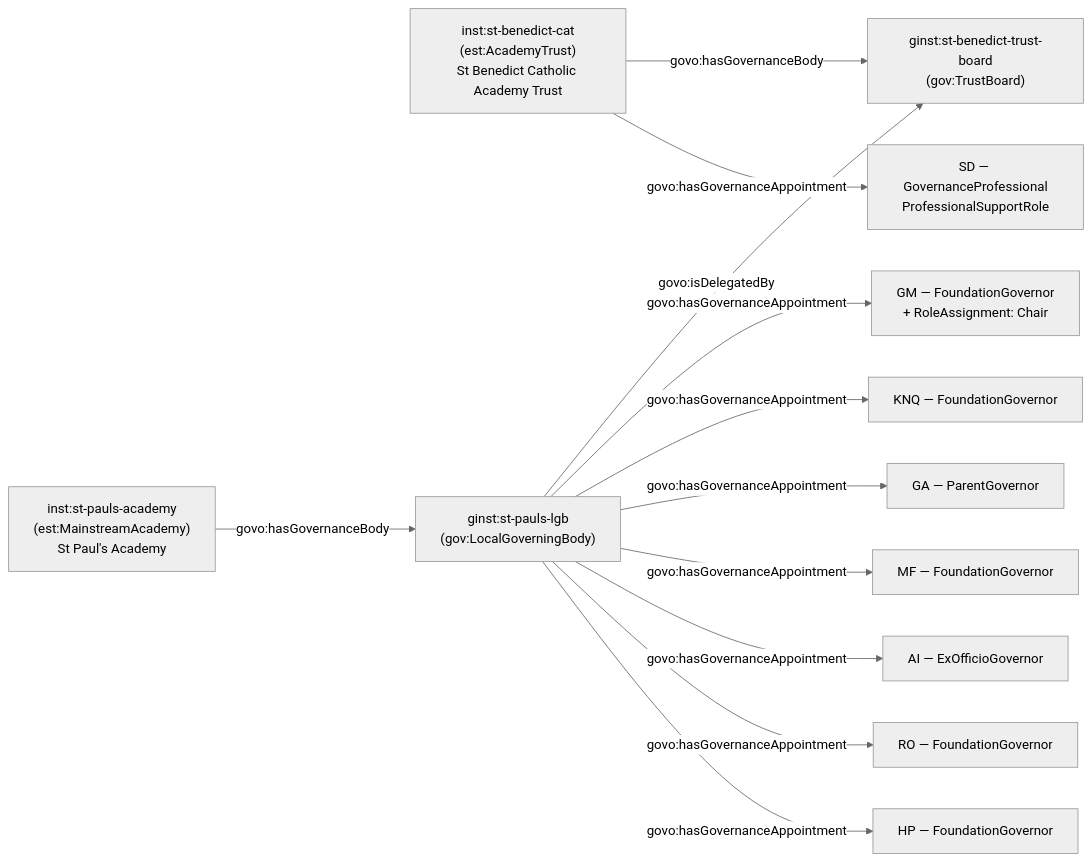
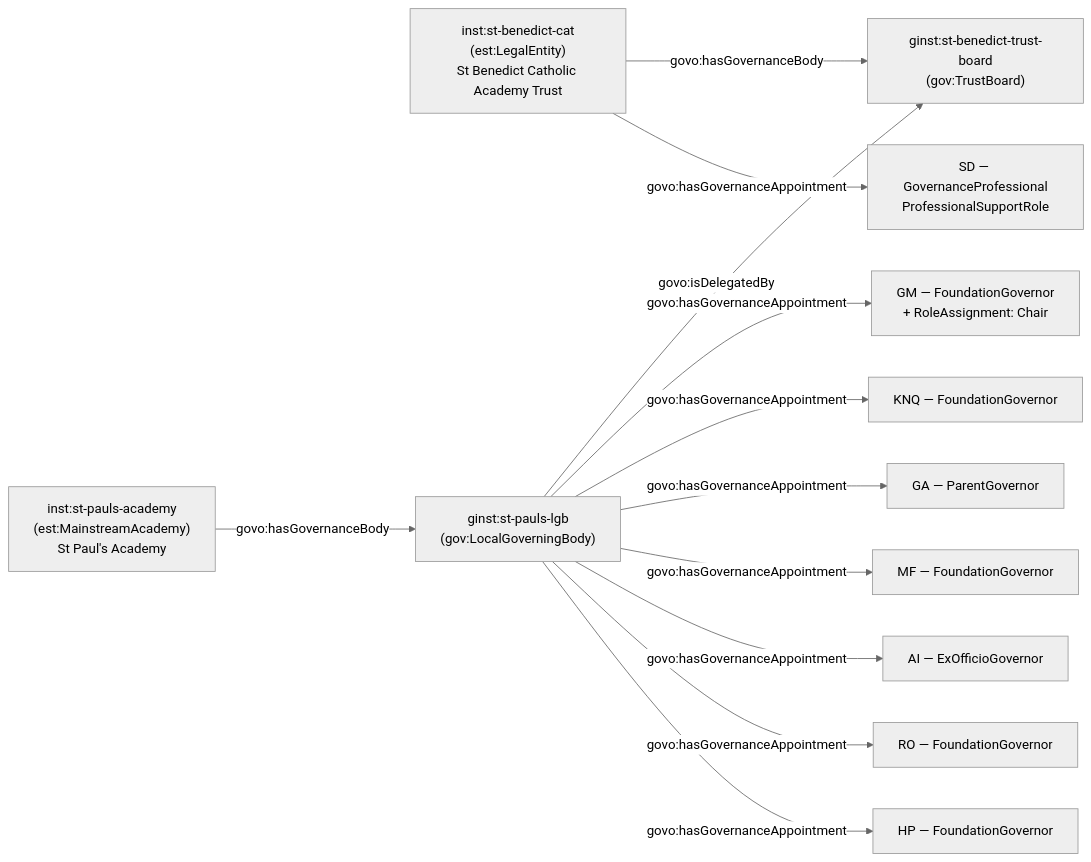
Before and after one commit to DFE-Digital/education-provider-registry-docs: the second of 2 diagrams in docs-site/content/models/governance/worked-examples/st-pauls/index.md, drawn with Mermaid (neutral theme). The commit also changed other lines of this file and 100 other files, not shown here.

````diff
--- a/docs-site/content/models/governance/worked-examples/st-pauls/index.md
+++ b/docs-site/content/models/governance/worked-examples/st-pauls/index.md
@@ -79,21 +79,21 @@
 ```mermaid
 flowchart LR
-    AT["inst:st-benedict-cat<br/>(est:AcademyTrust)<br/>St Benedict Catholic Academy Trust"]
+    AT["inst:st-benedict-cat<br/>(est:LegalEntity)<br/>St Benedict Catholic Academy Trust"]
     A["inst:st-pauls-academy<br/>(est:MainstreamAcademy)<br/>St Paul's Academy"]
     TB["ginst:st-benedict-trust-board<br/>(gov:TrustBoard)"]
     LGB["ginst:st-pauls-lgb<br/>(gov:LocalGoverningBody)"]
 
     AT -->|govo:hasGovernanceBody| TB
     LGB -->|govo:isDelegatedBy| TB
     A -->|govo:hasGovernanceBody| LGB
 
     LGB -->|govo:hasGovernanceAppointment| G1["GM — FoundationGovernor<br/>+ RoleAssignment: Chair"]
     LGB -->|govo:hasGovernanceAppointment| G2["KNQ — FoundationGovernor"]
     LGB -->|govo:hasGovernanceAppointment| G3["GA — ParentGovernor"]
     LGB -->|govo:hasGovernanceAppointment| G4["MF — FoundationGovernor"]
     LGB -->|govo:hasGovernanceAppointment| G5["AI — ExOfficioGovernor"]
     LGB -->|govo:hasGovernanceAppointment| G6["RO — FoundationGovernor"]
     LGB -->|govo:hasGovernanceAppointment| G7["HP — FoundationGovernor"]
 
     AT -->|govo:hasGovernanceAppointment| P1["SD — GovernanceProfessional<br/>ProfessionalSupportRole"]
 ```
````
